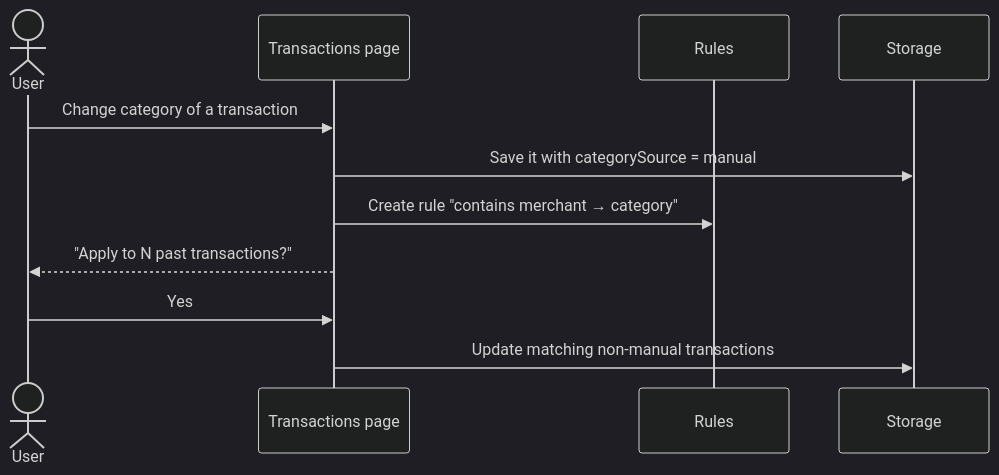
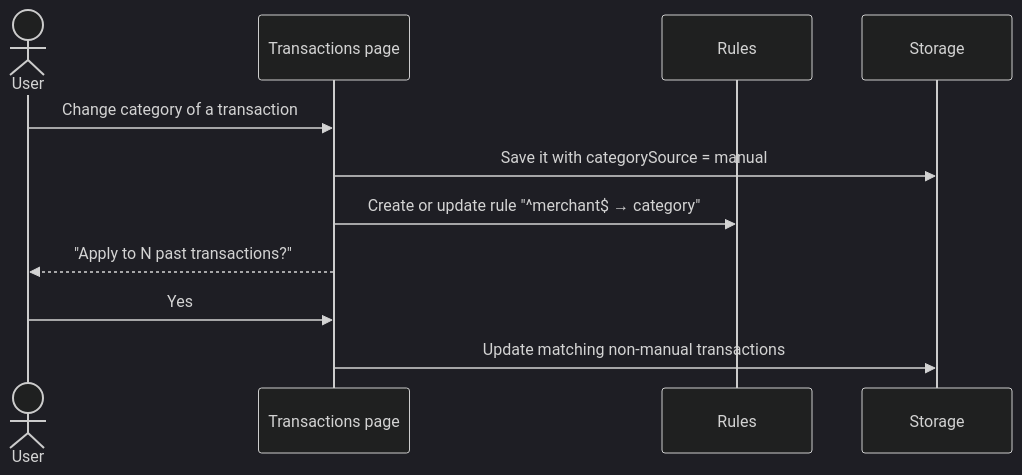
One commit to kauegalons/card-insights changed the third of 4 diagrams in docs/spec/v1.md. Above: the diagram before and after it, drawn with Mermaid (dark theme). The commit also changed other lines of this file and 3 other files, not shown here.

First line of the commit message:
feat: learn a user rule from a category correction (T09, 1/2) (#25)

````diff
--- a/docs/spec/v1.md
+++ b/docs/spec/v1.md
@@ -268,14 +268,14 @@
 ```mermaid
 sequenceDiagram
     actor U as User
     participant T as Transactions page
     participant R as Rules
     participant S as Storage
 
     U->>T: Change category of a transaction
     T->>S: Save it with categorySource = manual
-    T->>R: Create rule "contains merchant → category"
+    T->>R: Create or update rule "^merchant$ → category"
     T-->>U: "Apply to N past transactions?"
     U->>T: Yes
     T->>S: Update matching non-manual transactions
 ```
````
